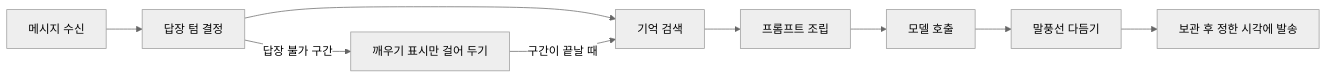
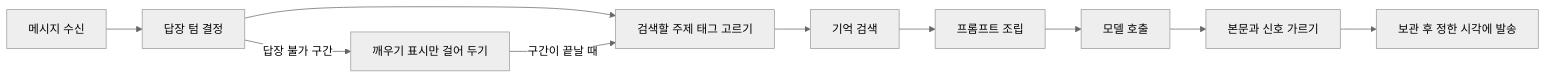
Before and after one commit to hyewon3938/random-ai-companion: the second of 5 diagrams in modules.md, drawn with Mermaid (neutral theme). The commit also changed other lines of this file, not shown here.

````diff
--- a/modules.md
+++ b/modules.md
@@ -26,11 +26,12 @@
 ```mermaid
 flowchart LR
     IN["메시지 수신"] --> TIMING["답장 텀 결정"]
-    TIMING --> MEM["기억 검색"]
+    TIMING --> TAG["검색할 주제 태그 고르기"]
+    TAG --> MEM["기억 검색"]
     MEM --> CTX["프롬프트 조립"]
     CTX --> LLM["모델 호출"]
-    LLM --> POLISH["말풍선 다듬기"]
-    POLISH --> PEND["보관 후 정한 시각에 발송"]
+    LLM --> SIG["본문과 신호 가르기"]
+    SIG --> PEND["보관 후 정한 시각에 발송"]
     TIMING -->|"답장 불가 구간"| WAKE["깨우기 표시만 걸어 두기"]
-    WAKE -->|"구간이 끝날 때"| MEM
+    WAKE -->|"구간이 끝날 때"| TAG
 ```
````
